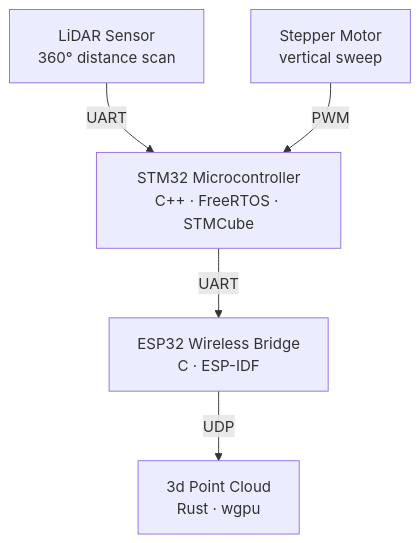
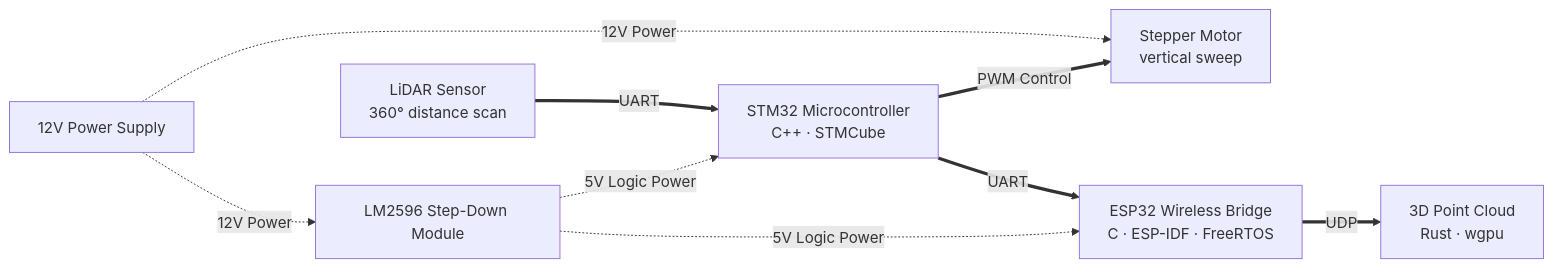
The diagram in README.md (jonas-thn/lidar-mapping-pipeline), drawn with Mermaid before and after one commit. The commit also changed other lines of this file, not shown here.

````diff
--- a/README.md
+++ b/README.md
@@ -1,8 +23,15 @@
 ```mermaid
-graph TD
-    A[LiDAR Sensor\n360° distance scan] -->|UART| C
-    B[Stepper Motor\nvertical sweep] -->|PWM| C
-    C[STM32 Microcontroller\nC++ · FreeRTOS · STMCube]-->|UART| D
-    D[ESP32 Wireless Bridge\nC · ESP-IDF] -->|UDP| E
-    E[3d Point Cloud\n Rust · wgpu]
+graph LR
+    %% Power Network (Subtle / Background)
+    PWR[12V Power Supply] -.->|12V Power| B
+    PWR -.->|12V Power| SD[LM2596 Step-Down Module]
+    SD -.->|5V Logic Power| C
+    SD -.->|5V Logic Power| D
+
+    %% Data & Control Network (Bold / Foreground)
+    A[LiDAR Sensor\n360° distance scan] ==>|UART| C
+    C ==>|PWM Control| B[Stepper Motor\nvertical sweep]
+    C[STM32 Microcontroller\nC++ · STMCube] ==>|UART| D
+    D[ESP32 Wireless Bridge\nC · ESP-IDF · FreeRTOS] ==>|UDP| E
+    E[3D Point Cloud\n Rust · wgpu]
 ```
````
